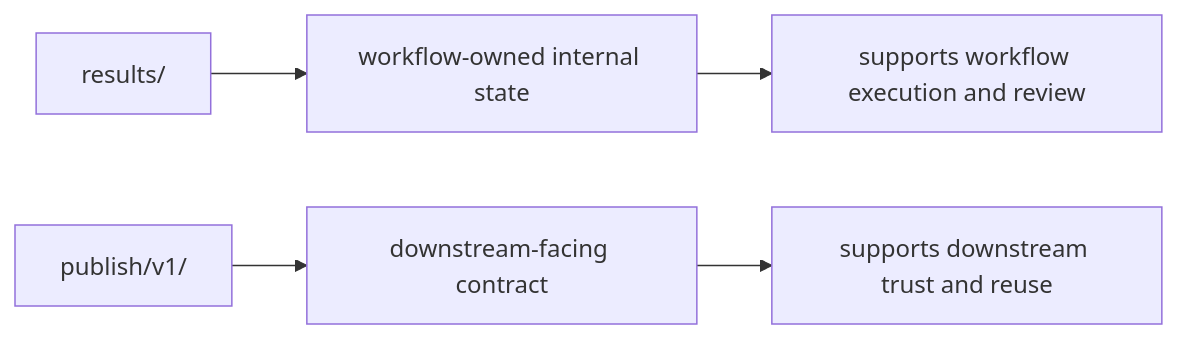
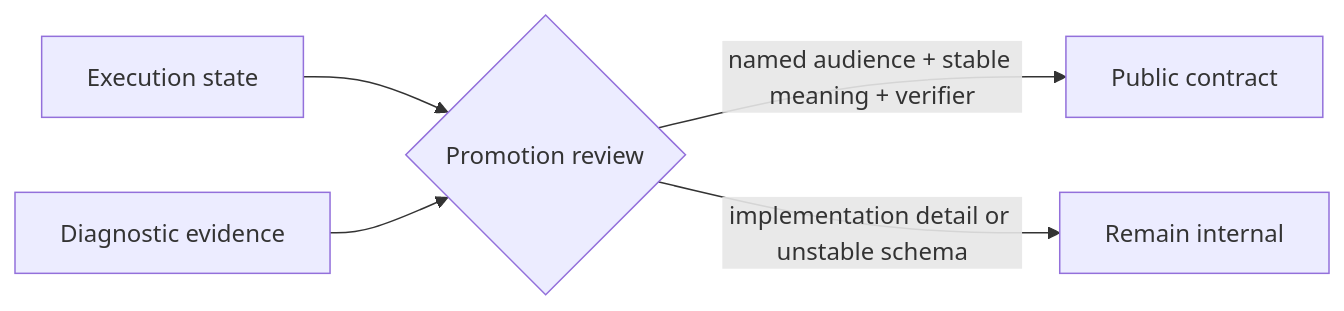
The first of 2 diagrams in programs/reproducible-research/deep-dive-snakemake/course-book/module-06-publishing-downstream-contracts/internal-results-vs-public-contracts.md (bijux/bijux-masterclass), drawn with Mermaid before and after one commit. The commit also changed other lines of this file, not shown here.

Commit message:
docs(snakemake): define deliberate publish promotion

````diff
--- a/programs/reproducible-research/deep-dive-snakemake/course-book/module-06-publishing-downstream-contracts/internal-results-vs-public-contracts.md
+++ b/programs/reproducible-research/deep-dive-snakemake/course-book/module-06-publishing-downstream-contracts/internal-results-vs-public-contracts.md
@@ -116,7 +54,7 @@
 ```mermaid
 flowchart LR
-  results["results/"] --> internal["workflow-owned internal state"]
-  publish["publish/v1/"] --> public["downstream-facing contract"]
-  internal --> review["supports workflow execution and review"]
-  public --> trust["supports downstream trust and reuse"]
+  execution["Execution state"] --> review{"Promotion review"}
+  diagnostics["Diagnostic evidence"] --> review
+  review -->|named audience + stable meaning + verifier| public["Public contract"]
+  review -->|implementation detail or unstable schema| retain["Remain internal"]
 ```
````
